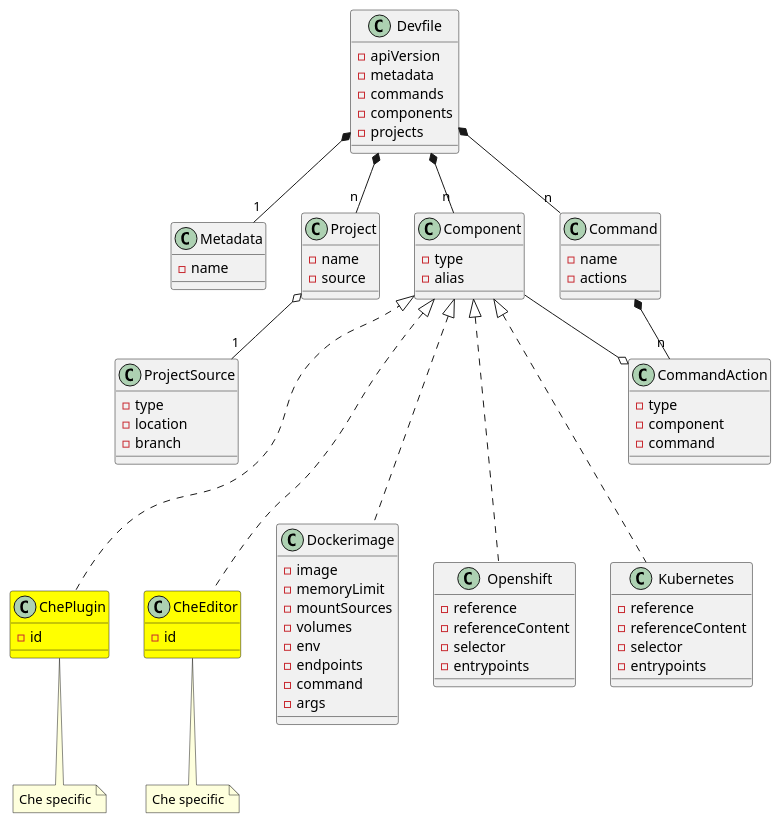
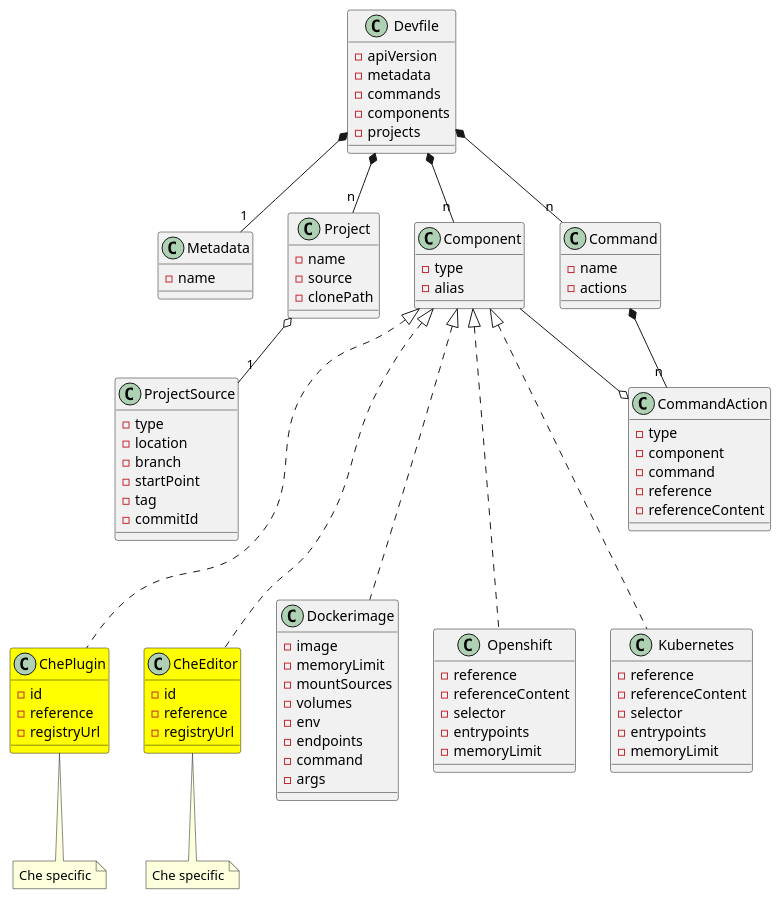
One commit to redhat-developer/devfile changed the diagram in devfile_next.plantuml. Above: the diagram before and after it, drawn with PlantUML. The commit also changed 1 other file, not shown here.

Commit message:
Update Devfile diagram (#37)
Update Devfile diagram (#37)

```diff
--- a/devfile_next.plantuml
+++ b/devfile_next.plantuml
@@ -1,108 +1,120 @@
 @startuml devfile_next
 
 class Devfile {
   - apiVersion
   - metadata
   - commands
   - components
   - projects
 }
 
 together {
   class Metadata
   class Component
   class Command
   class Project
 }
 
 Devfile *-- "1" Metadata
 Devfile *-- "n" Component
 Devfile *-- "n" Command
 Devfile *-- "n" Project
 
 class Metadata {
   - name
 }
 
 class Component {
     - type
     - alias
 }
 
 
 Component <|-.. Dockerimage
 Component <|-.. Openshift
 Component <|-.. Kubernetes
 Component <|-.. ChePlugin
 Component <|-.. CheEditor
 
 class Command {
   - name
   - actions
 }
 
 Command *-- "n" CommandAction
 CommandAction o-- Component
 
 class CommandAction {
   - type
   - component
   - command
+  - reference
+  - referenceContent
 }
 
 class Project {
   - name
   - source
+  - clonePath
 }
 
 Project o-- "1" ProjectSource
 
 class ProjectSource {
   - type
   - location
   - branch
+  - startPoint
+  - tag
+  - commitId
 }
 
 Project -[hidden]> Component
 Component -[hidden]> Command
 ProjectSource -[hidden]> CommandAction
 
 class Dockerimage {
    - image
    - memoryLimit
    - mountSources
    - volumes
    - env
    - endpoints
    - command
    - args
 }
 
 class Openshift {
   - reference
   - referenceContent
   - selector
   - entrypoints
+  - memoryLimit
 }
 
 class Kubernetes {
   - reference
   - referenceContent
   - selector
   - entrypoints
+  - memoryLimit
 }
 
 class ChePlugin #yellow {
   - id
+  - reference
+  - registryUrl
 }
 note bottom of ChePlugin: Che specific
 
 class CheEditor #yellow {
   - id
+  - reference
+  - registryUrl
 }
 note bottom of CheEditor: Che specific
 
 ChePlugin -[hidden]> CheEditor
 CheEditor -[hidden]> Dockerimage
 
 @enduml
```
